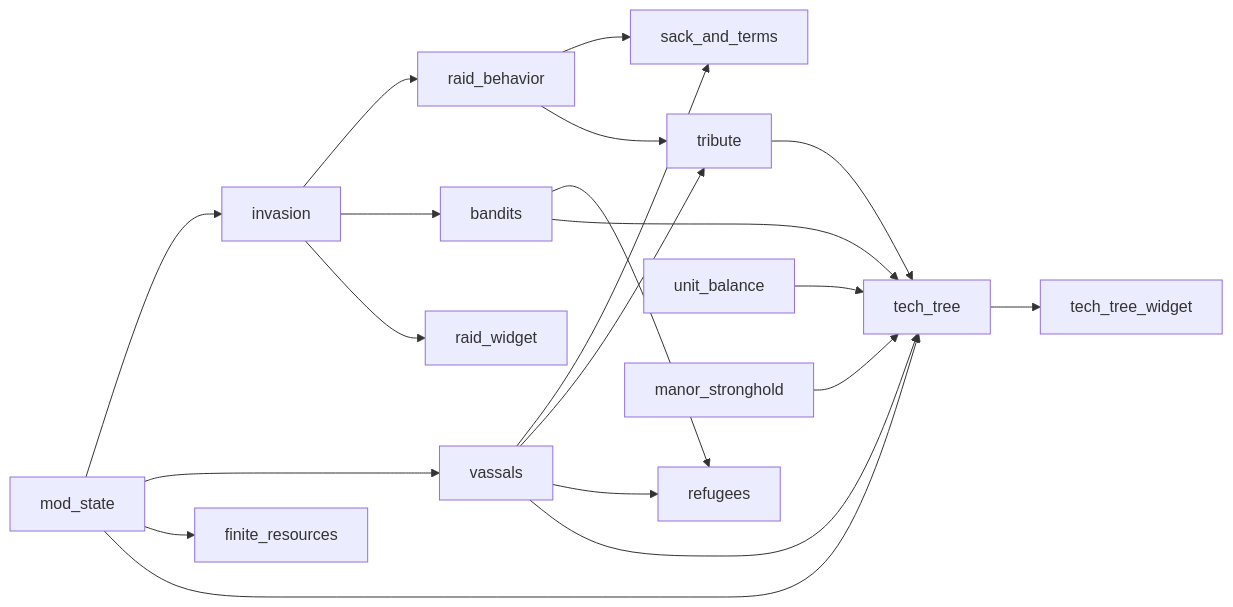
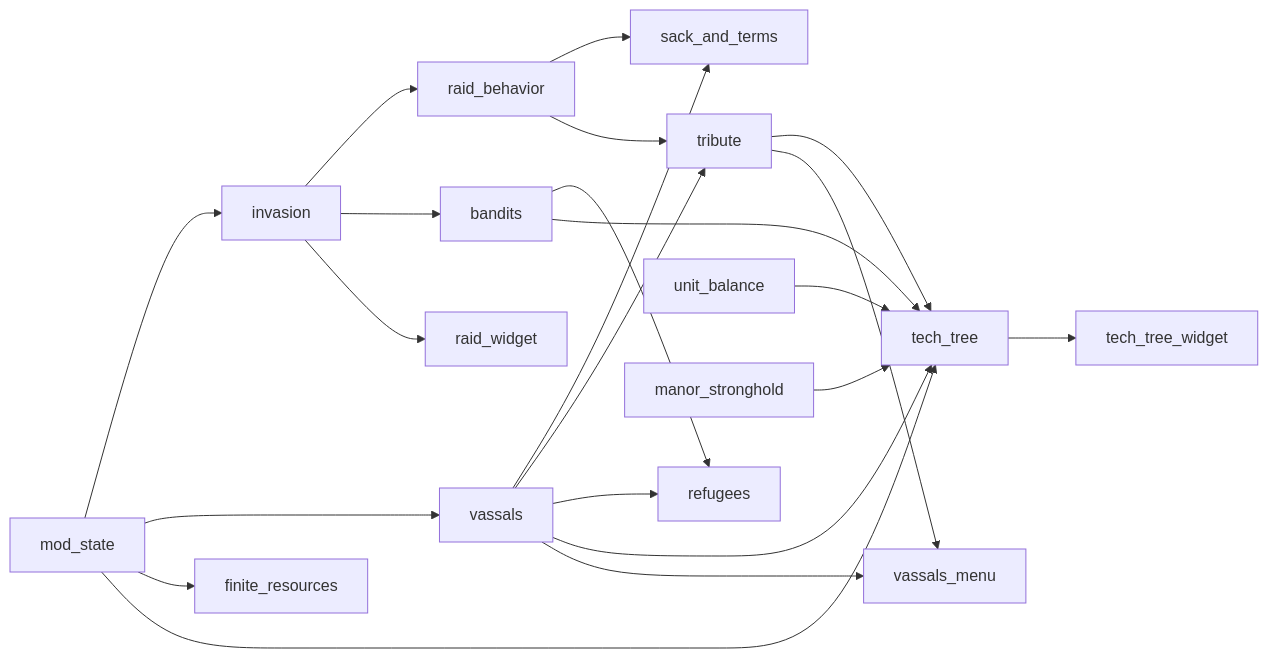
One commit to GarrettGruss/manor-lords-mod changed the diagram in docs/wiki/architecture/invasion-features.md. Above: the diagram before and after it, drawn with Mermaid. The commit also changed other lines of this file and 20 other files, not shown here.

First line of the commit message:
feat(vassals-menu): add the Vassals widget, test scenario, pak and docs

````diff
--- a/docs/wiki/architecture/invasion-features.md
+++ b/docs/wiki/architecture/invasion-features.md
@@ -25,22 +25,24 @@
 ```mermaid
 flowchart LR
   mod_state --> invasion
   mod_state --> vassals
   mod_state --> finite_resources
   invasion --> raid_behavior
   invasion --> bandits
   invasion --> raid_widget
   raid_behavior --> sack_and_terms
   vassals --> sack_and_terms
   vassals --> tribute
   raid_behavior --> tribute
   vassals --> refugees
   bandits --> refugees
   bandits --> tech_tree
   unit_balance --> tech_tree
   mod_state --> tech_tree
   manor_stronghold --> tech_tree
   vassals --> tech_tree
   tribute --> tech_tree
   tech_tree --> tech_tree_widget
+  vassals --> vassals_menu
+  tribute --> vassals_menu
 ```
````
